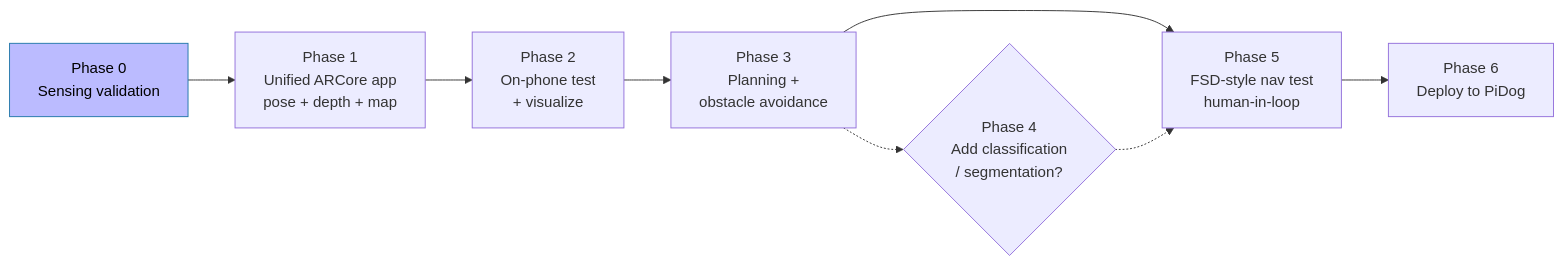
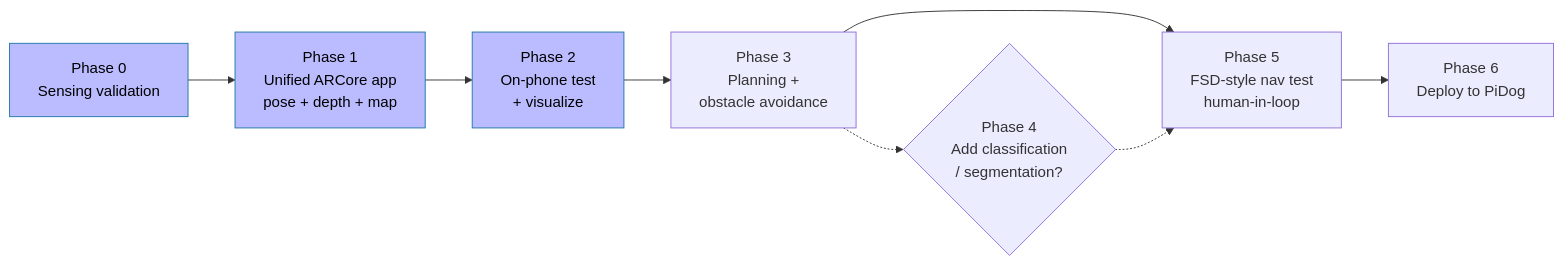
One commit to alexbhandari/pidog-public changed the second of 2 diagrams in PROJECT_PLAN.md. Above: the diagram before and after it, drawn with Mermaid. The commit also changed other lines of this file, not shown here.

Commit message:
sync plan + phase docs (2026-06-20)

````diff
--- a/PROJECT_PLAN.md
+++ b/PROJECT_PLAN.md
@@ -83,11 +83,11 @@
 ```mermaid
 flowchart LR
-    P0["Phase 0<br/>Sensing validation"]:::done --> P1["Phase 1<br/>Unified ARCore app<br/>pose + depth + map"]
-    P1 --> P2["Phase 2<br/>On-phone test<br/>+ visualize"]
+    P0["Phase 0<br/>Sensing validation"]:::done --> P1["Phase 1<br/>Unified ARCore app<br/>pose + depth + map"]:::done
+    P1 --> P2["Phase 2<br/>On-phone test<br/>+ visualize"]:::done
     P2 --> P3["Phase 3<br/>Planning +<br/>obstacle avoidance"]
     P3 --> P5["Phase 5<br/>FSD-style nav test<br/>human-in-loop"]
     P5 --> P6["Phase 6<br/>Deploy to PiDog"]
     P3 -.-> P4{"Phase 4<br/>Add classification<br/>/ segmentation?"}
     P4 -.-> P5
     classDef done fill:#bbf,stroke:#27a,color:#000;
 ```
````
